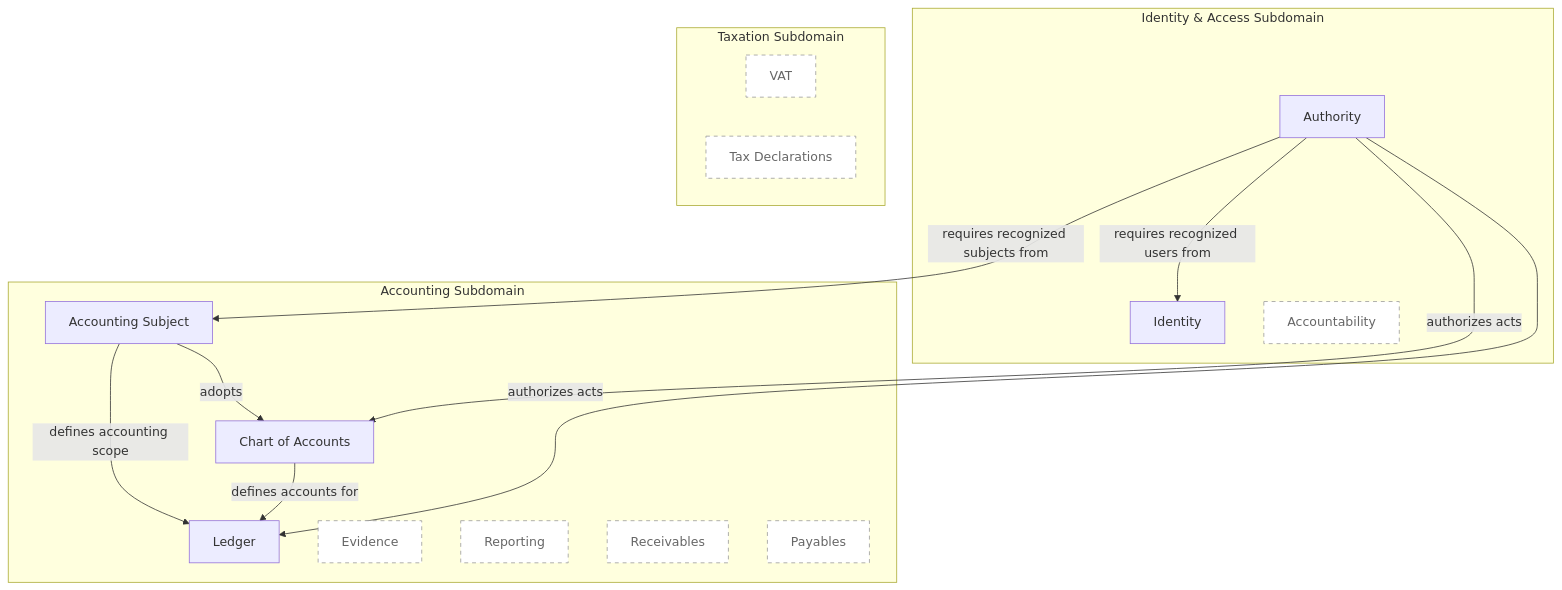
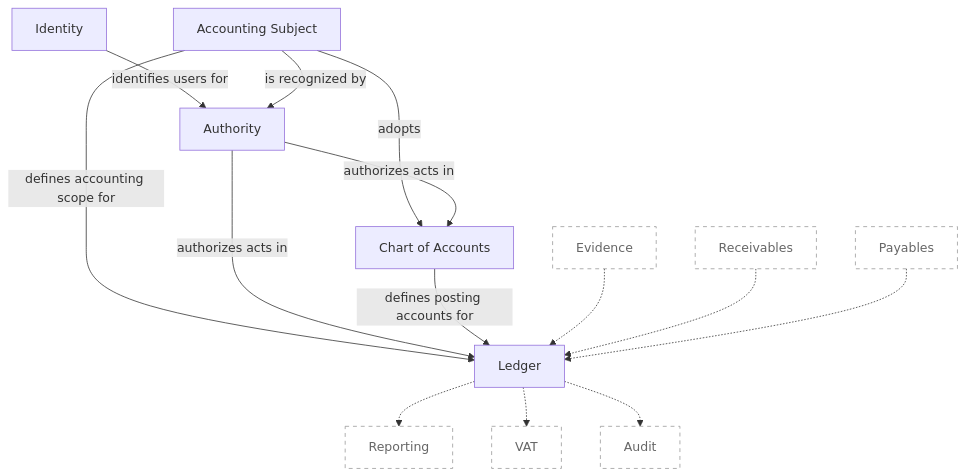
The diagram in README.md (runemalm/acc-dotnet), drawn with Mermaid before and after one commit. The commit also changed other lines of this file, not shown here.

````diff
--- a/README.md
+++ b/README.md
@@ -15,34 +21,32 @@
 ```mermaid
 flowchart TB
-    subgraph IF["Identity & Access Subdomain"]
-        Identity["Identity"]
-        Authority["Authority"]
-        Accountability["Accountability"]
-    end
+    Identity["Identity"]
+    Authority["Authority"]
+    AccountingSubject["Accounting Subject"]
+    ChartOfAccounts["Chart of Accounts"]
+    Ledger["Ledger"]
+    Evidence["Evidence"]
+    Receivables["Receivables"]
+    Payables["Payables"]
+    Reporting["Reporting"]
+    VAT["VAT"]
+    Audit["Audit"]
 
-    subgraph AC["Accounting Subdomain"]
-        AccountingSubject["Accounting Subject"]
-        ChartOfAccounts["Chart of Accounts"]
-        Ledger["Ledger"]
-        Evidence["Evidence"]
-        Reporting["Reporting"]
-        Receivables["Receivables"]
-        Payables["Payables"]
-    end
+    Identity -->|identifies users for| Authority
+    AccountingSubject -->|is recognized by| Authority
+    AccountingSubject -->|defines accounting scope for| Ledger
+    AccountingSubject -->|adopts| ChartOfAccounts
+    Authority -->|authorizes acts in| ChartOfAccounts
+    Authority -->|authorizes acts in| Ledger
+    ChartOfAccounts -->|defines posting accounts for| Ledger
 
-    subgraph TX["Taxation Subdomain"]
-        VAT["VAT"]
-        TaxDeclarations["Tax Declarations"]
-    end
+    Evidence -.-> Ledger
+    Receivables -.-> Ledger
+    Payables -.-> Ledger
+    Ledger -.-> Reporting
+    Ledger -.-> VAT
+    Ledger -.-> Audit
 
-    AccountingSubject -->|defines accounting scope| Ledger
-    AccountingSubject -->|adopts| ChartOfAccounts
-    ChartOfAccounts -->|defines accounts for| Ledger
-    Authority -->|requires recognized users from| Identity
-    Authority -->|requires recognized subjects from| AccountingSubject
-    Authority -->|authorizes acts| ChartOfAccounts
-    Authority -->|authorizes acts| Ledger
-
-    classDef planned stroke-dasharray: 5 5,color:#666,stroke:#999,fill:#fff
-    class Accountability,Evidence,Reporting,Receivables,Payables,VAT,TaxDeclarations planned
+    classDef placeholder stroke-dasharray: 5 5,color:#666,stroke:#999,fill:#fff
+    class Evidence,Receivables,Payables,Reporting,VAT,Audit placeholder
 ```
````
